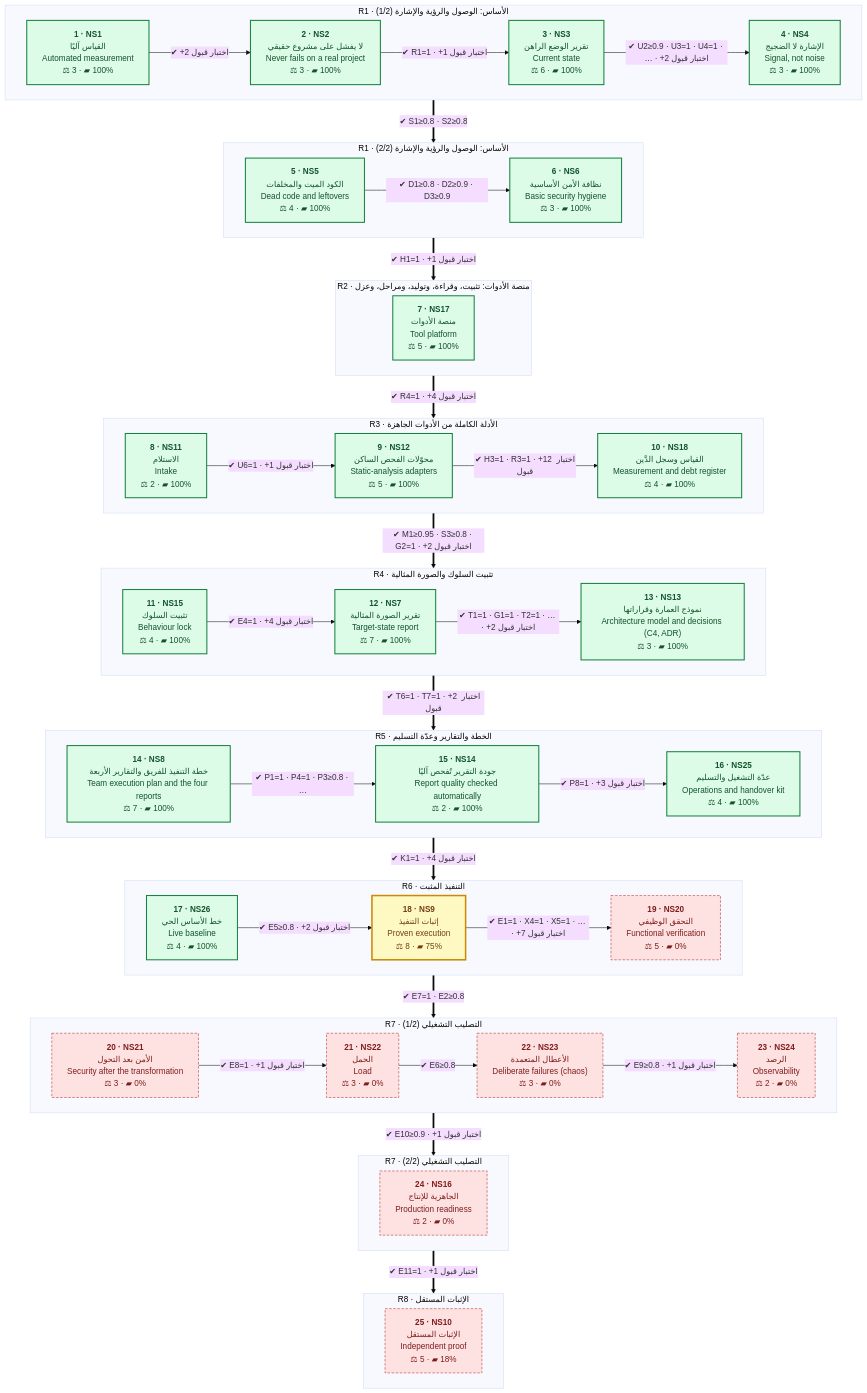
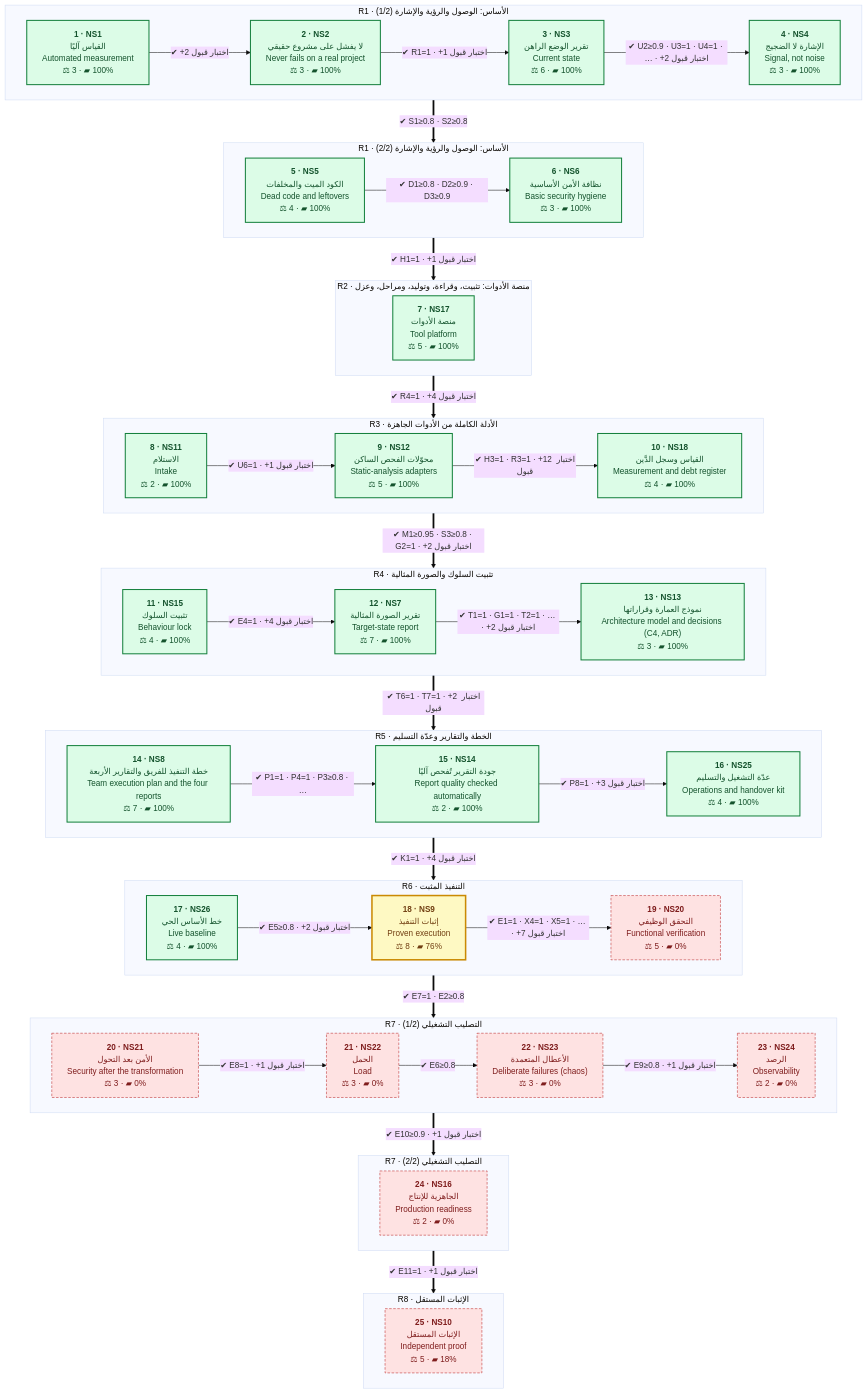
Before and after one commit to eom1417/engineering-audit-os: the second of 2 diagrams in README.md, drawn with Mermaid (base theme). The commit also changed other lines of this file and 3 other files, not shown here.

```diff
--- a/README.md
+++ b/README.md
@@ -290,7 +290,7 @@
     subgraph R6_1["R6 · التنفيذ المثبت"]
         direction LR
         NS26["<b>17 · NS26</b><br/>خط الأساس الحي<br/>Live baseline<br/>⚖ 4 · ▰ 100%"]:::done
-        NS9["<b>18 · NS9</b><br/>إثبات التنفيذ<br/>Proven execution<br/>⚖ 8 · ▰ 75%"]:::current
+        NS9["<b>18 · NS9</b><br/>إثبات التنفيذ<br/>Proven execution<br/>⚖ 8 · ▰ 76%"]:::current
         NS20["<b>19 · NS20</b><br/>التحقق الوظيفي<br/>Functional verification<br/>⚖ 5 · ▰ 0%"]:::owner
         NS26 -->|"✔ E5≥0.8 · +2 اختبار قبول"| NS9
         NS9 -->|"✔ E1=1 · X4=1 · X5=1 · … · +7 اختبار قبول"| NS20
```
